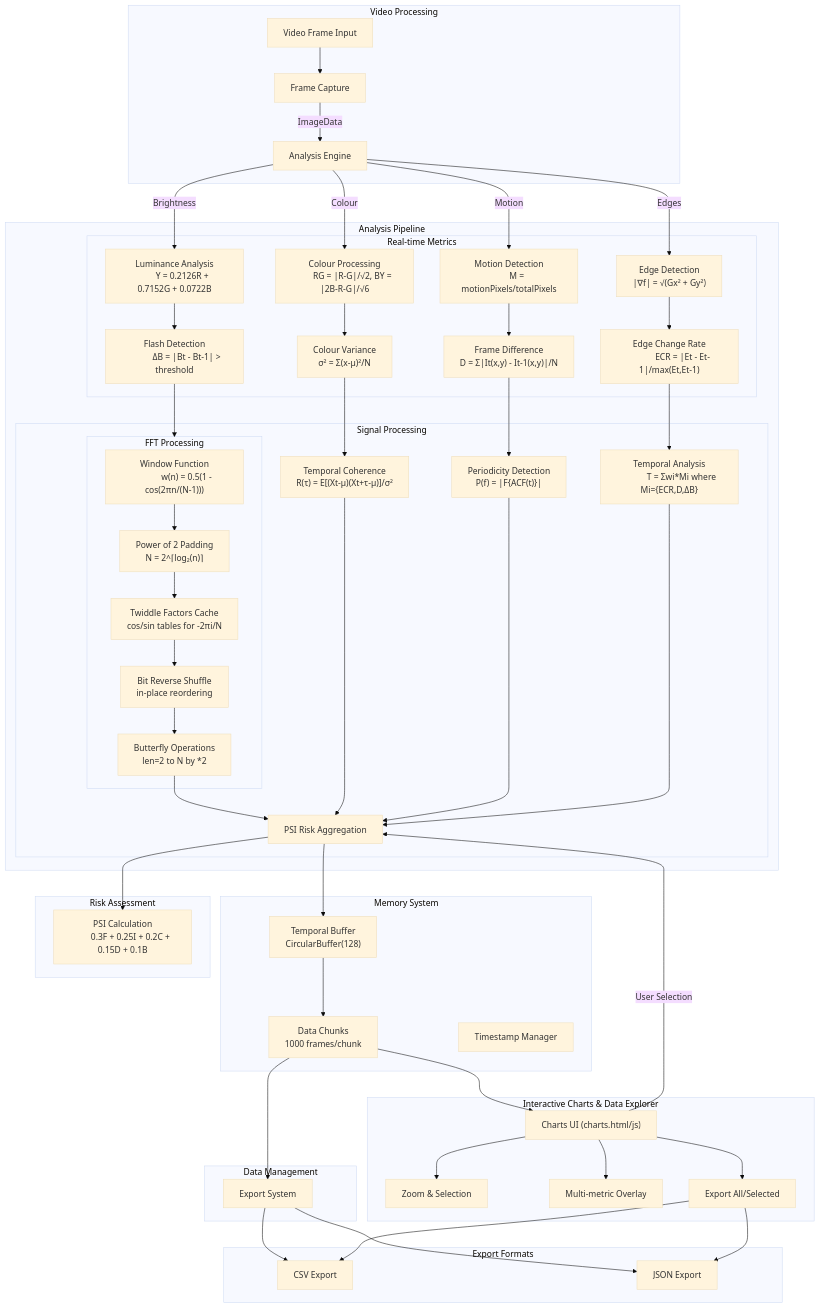
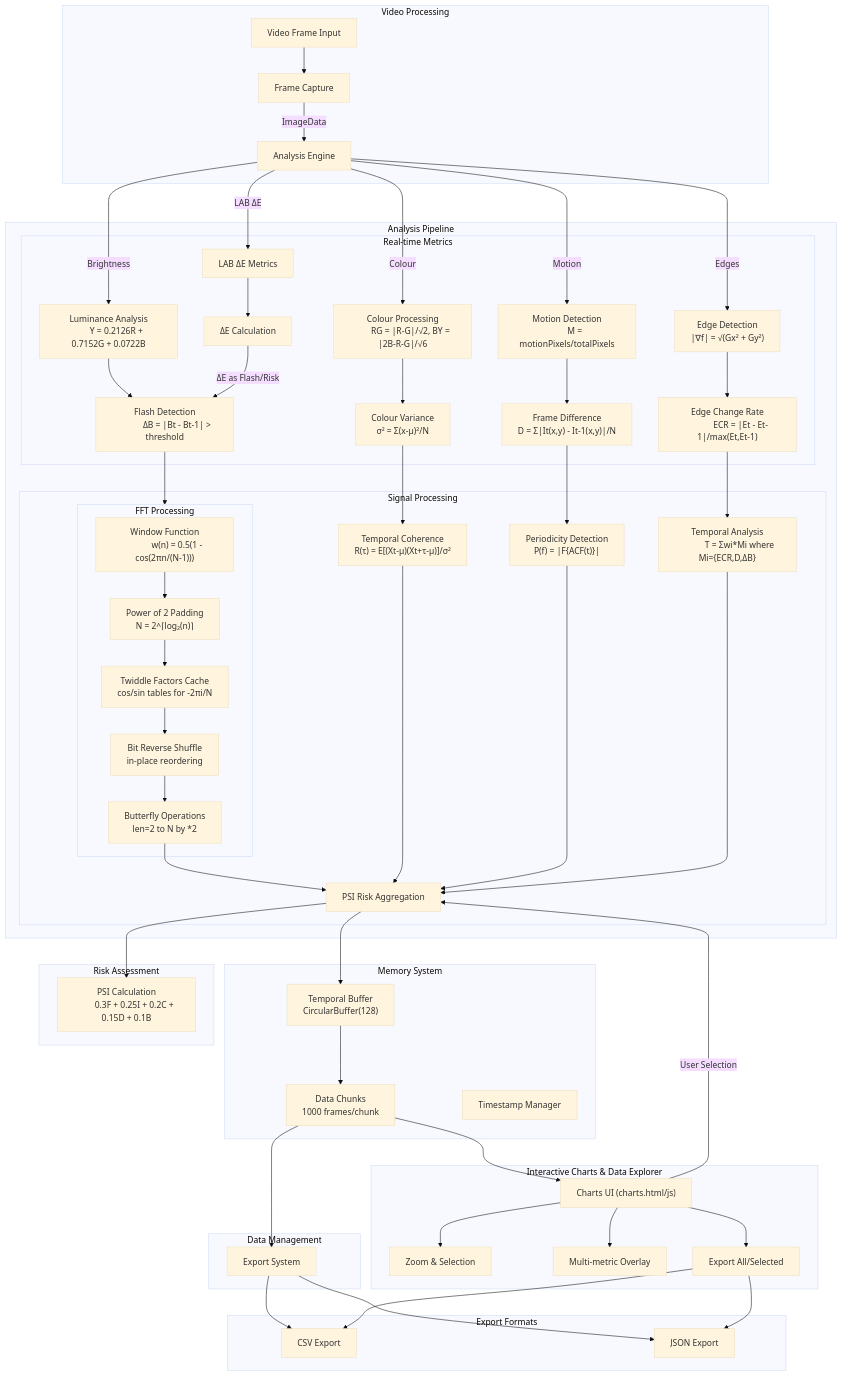
Before and after one commit to Pi-0r-Tau/EPI-LENS: the second of 2 diagrams in README.md, drawn with Mermaid (base theme).

Commit message:
Update README.md
LAB Metrics in Flash Detection

```diff
--- a/README.md
+++ b/README.md
@@ -326,6 +326,7 @@
         M = motionPixels/totalPixels"]
         ANA --> |Edges| EDG["Edge Detection
         |∇f| = √(Gx² + Gy²)"]
+        ANA --> |LAB ΔE| LAB[LAB ΔE Metrics]
 
         subgraph FFT_Implementation [FFT Processing]
             WIN["Window Function
@@ -354,6 +355,7 @@
             D = Σ|It(x,y) - It-1(x,y)|/N"]
             EDG --> CHG["Edge Change Rate
             ECR = |Et - Et-1|/max(Et,Et-1)"]
+            LAB --> DELTAE[ΔE Calculation]
         end
 
         subgraph Signal_Processing [Signal Processing]
@@ -364,6 +366,7 @@
             P(f) = |F{ACF(t)}|"]
             CHG --> TMP["Temporal Analysis
             T = Σwi*Mi where Mi={ECR,D,ΔB}"]
+            DELTAE --> |ΔE as Flash/Risk| FLA
             BTF --> AGG
         end
     end
@@ -385,6 +388,7 @@
     subgraph Export_Formats [Export Formats]
         EXP --> CSV[CSV Export]
         EXP --> JSN[JSON Export]
+        
     end
 
     subgraph Interactive_Charts [Interactive Charts & Data Explorer]
@@ -397,6 +401,7 @@
         CHARTS --> EXPORT
         EXPORT --> CSV
         EXPORT --> JSN
+        
     end
 
     CHK --> CHARTS
```
